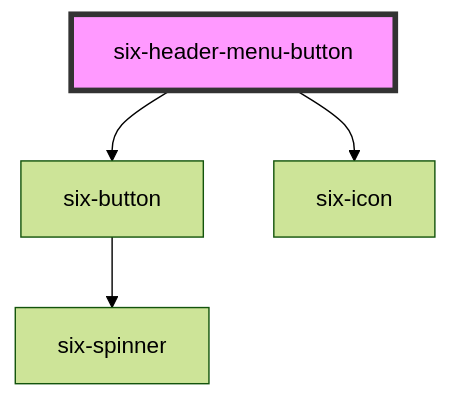
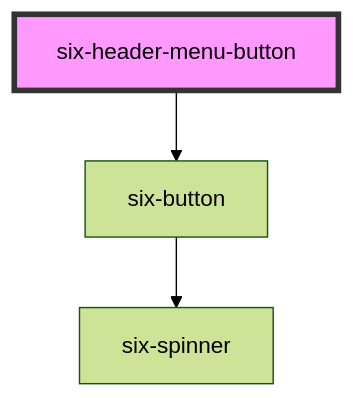
One commit to six-group/six-webcomponents changed the diagram in docs/components/six-header-menu-button.md. Above: the diagram before and after it, drawn with Mermaid (forest theme). The commit also changed other lines of this file and 53 other files, not shown here.

Commit message:
feat: additional props for six-header-dropdown and six-header-menu-button

````diff
--- a/docs/components/six-header-menu-button.md
+++ b/docs/components/six-header-menu-button.md
@@ -55,7 +59,6 @@
 ```mermaid
 graph TD;
   six-header-menu-button --> six-button
-  six-header-menu-button --> six-icon
   six-button --> six-spinner
   style six-header-menu-button fill:#f9f,stroke:#333,stroke-width:4px
 ```
````
